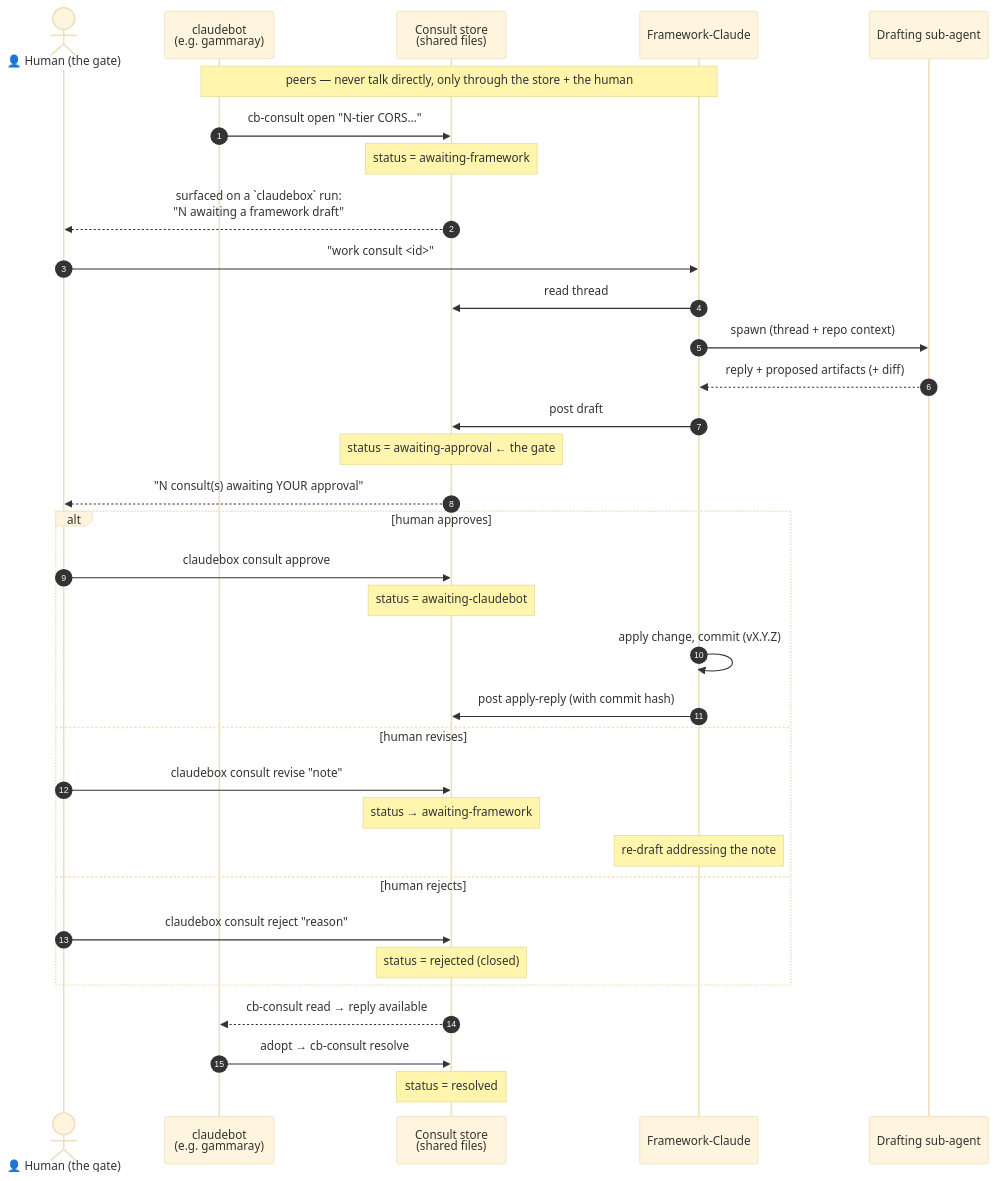
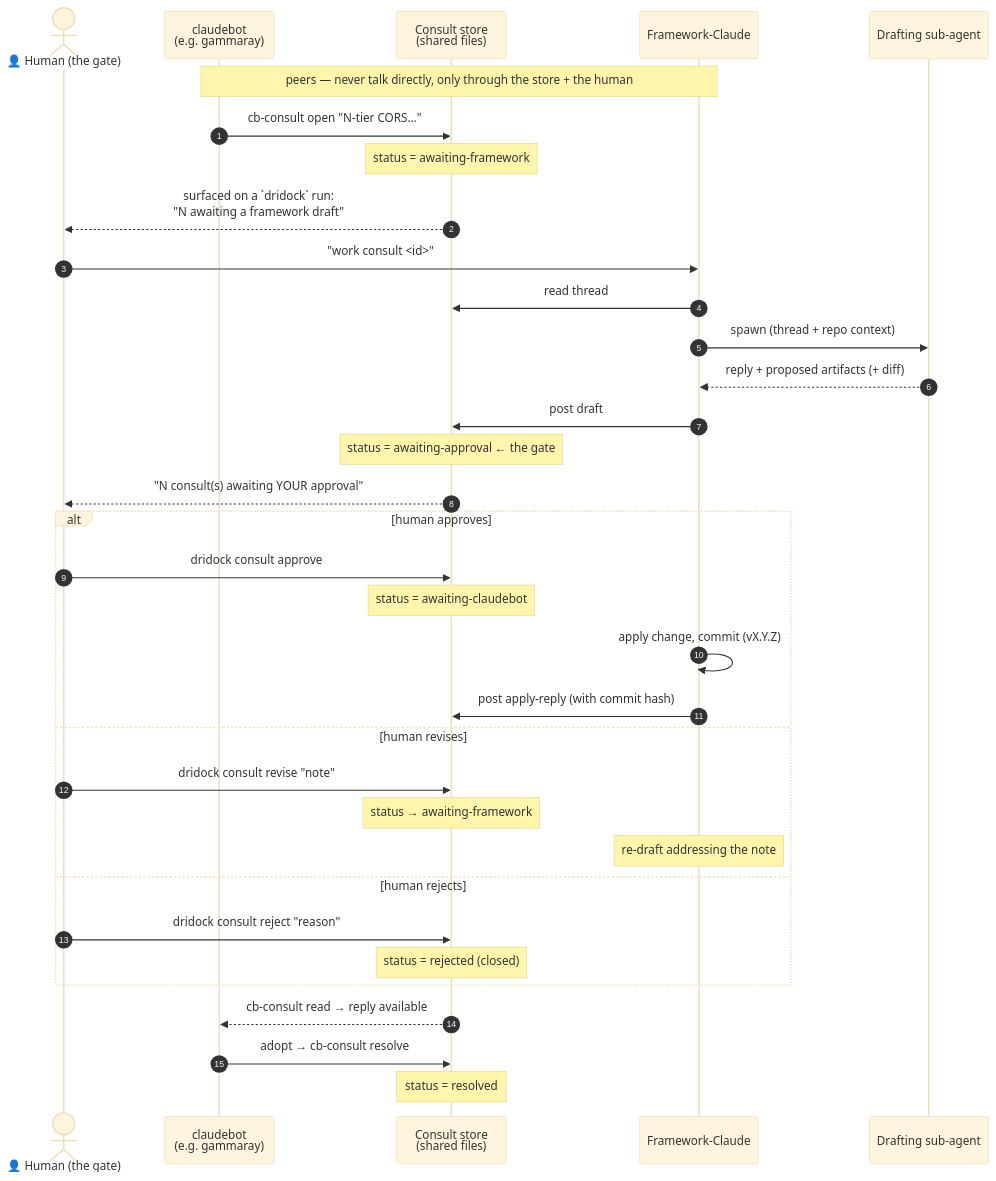
Before and after one commit to aberezin/docker-claudebox: the diagram in docs/design/framework-consult.md, drawn with Mermaid (base theme). The commit also changed other lines of this file and 34 other files, not shown here.

First line of the commit message:
docs(3.0): claudebox → dridock prose sweep + baked guidance (#11 phase 5)

````diff
--- a/docs/design/framework-consult.md
+++ b/docs/design/framework-consult.md
@@ -113,40 +113,40 @@
 ```mermaid
 sequenceDiagram
     autonumber
     actor H as 👤 Human (the gate)
     participant CB as claudebot<br/>(e.g. gammaray)
     participant S as Consult store<br/>(shared files)
     participant FC as Framework-Claude
     participant SA as Drafting sub-agent
 
     Note over CB,FC: peers — never talk directly, only through the store + the human
 
     CB->>S: cb-consult open "N-tier CORS…"
     Note over S: status = awaiting-framework
-    S-->>H: surfaced on a `claudebox` run:<br/>"N awaiting a framework draft"
+    S-->>H: surfaced on a `dridock` run:<br/>"N awaiting a framework draft"
     H->>FC: "work consult <id>"
     FC->>S: read thread
     FC->>SA: spawn (thread + repo context)
     SA-->>FC: reply + proposed artifacts (+ diff)
     FC->>S: post draft
     Note over S: status = awaiting-approval  ← the gate
     S-->>H: "N consult(s) awaiting YOUR approval"
 
     alt human approves
-        H->>S: claudebox consult approve
+        H->>S: dridock consult approve
         Note over S: status = awaiting-claudebot
         FC->>FC: apply change, commit (vX.Y.Z)
         FC->>S: post apply-reply (with commit hash)
     else human revises
-        H->>S: claudebox consult revise "note"
+        H->>S: dridock consult revise "note"
         Note over S: status → awaiting-framework
         Note over FC: re-draft addressing the note
     else human rejects
-        H->>S: claudebox consult reject "reason"
+        H->>S: dridock consult reject "reason"
         Note over S: status = rejected (closed)
     end
 
     S-->>CB: cb-consult read → reply available
     CB->>S: adopt → cb-consult resolve
     Note over S: status = resolved
 ```
````
